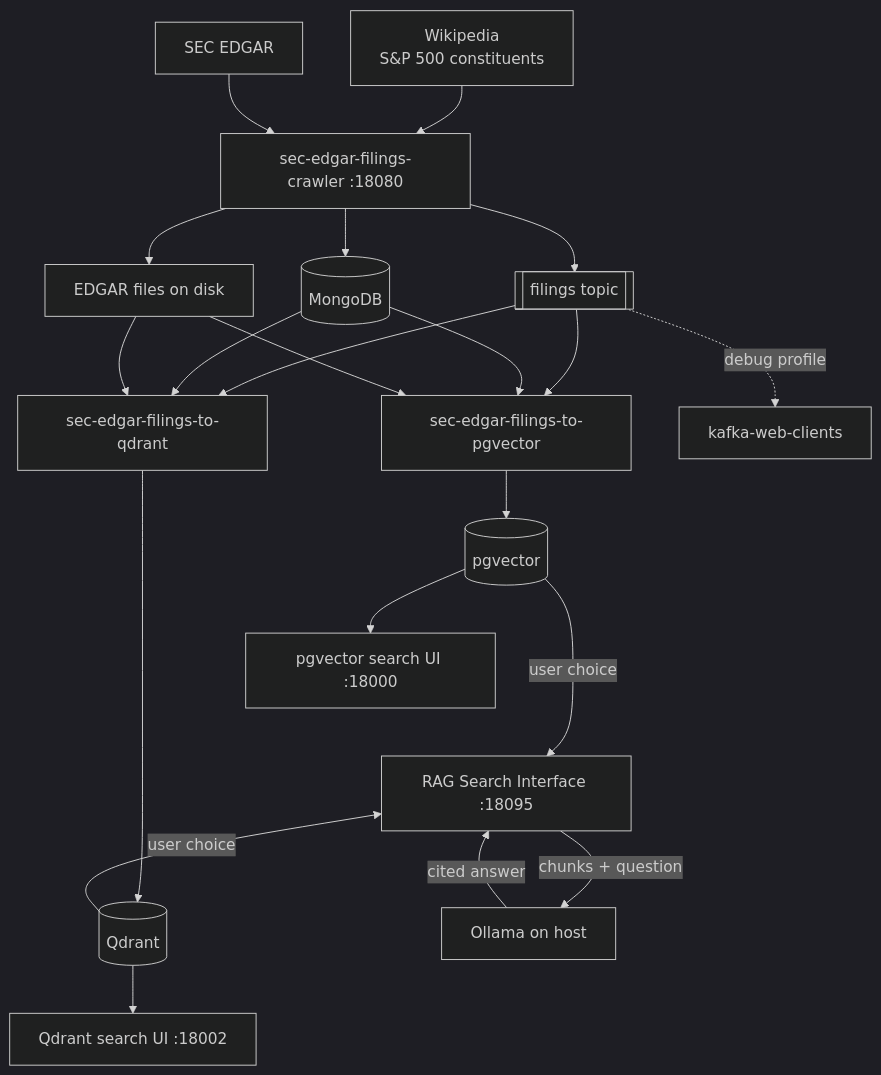
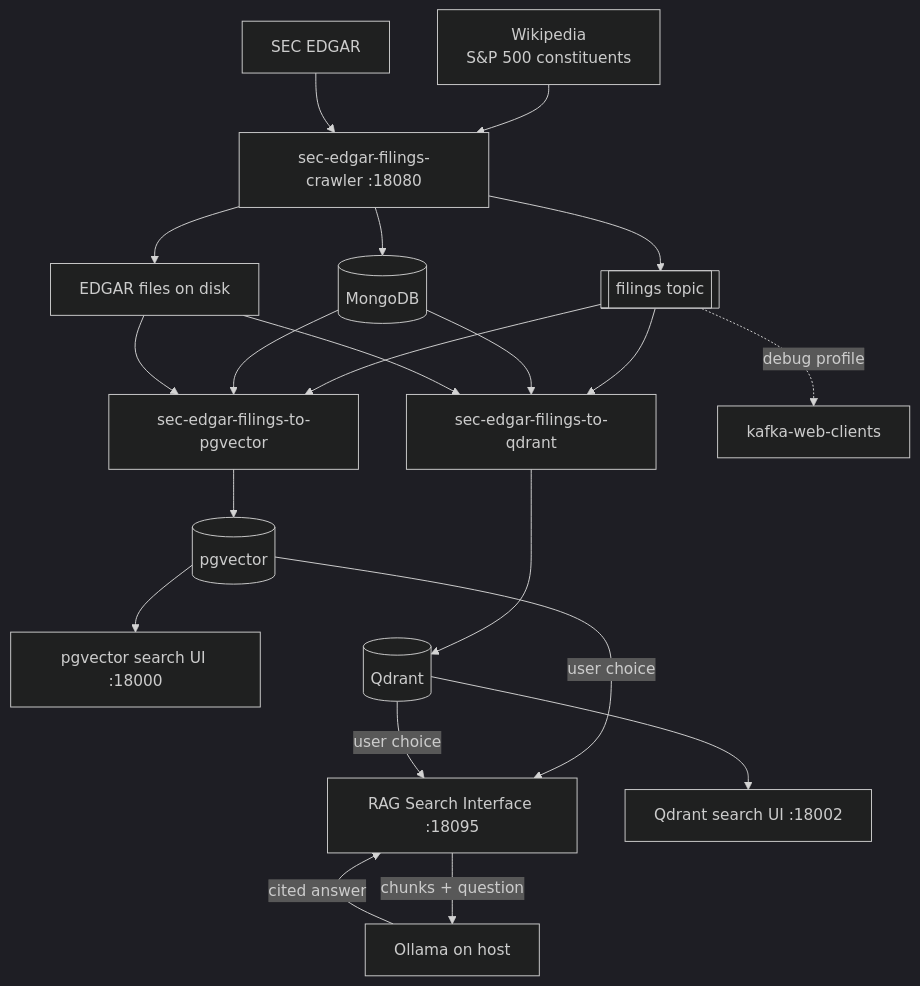
The diagram in README.md (sanjuthomas/sec-edgar-filings-rag-demo), drawn with Mermaid (dark theme) before and after one commit.

Commit message:
Align pgvector and Qdrant on the same row in architecture diagram.

````diff
--- a/README.md
+++ b/README.md
@@ -33,29 +33,30 @@
 ```mermaid
 flowchart TB
     Wiki["Wikipedia<br/>S&P 500 constituents"] --> Crawler["sec-edgar-filings-crawler :18080"]
     SEC["SEC EDGAR"] --> Crawler
     Crawler --> Mongo[("MongoDB")]
     Crawler --> Kafka[["filings topic"]]
     Crawler --> Disk["EDGAR files on disk"]
 
     Kafka --> PgETL["sec-edgar-filings-to-pgvector"]
     Kafka --> QdrantETL["sec-edgar-filings-to-qdrant"]
     Mongo --> PgETL
     Mongo --> QdrantETL
     Disk --> PgETL
     Disk --> QdrantETL
 
     PgETL --> PG[("pgvector")]
     QdrantETL --> Qdrant[("Qdrant")]
+    PG ~~~ Qdrant
 
     PG --> PgSearch["pgvector search UI :18000"]
     PG -->|"user choice"| RAG["RAG Search Interface :18095"]
     Qdrant -->|"user choice"| RAG
     Qdrant --> QdrantSearch["Qdrant search UI :18002"]
     RAG -->|"chunks + question"| Ollama["Ollama on host"]
     Ollama -->|"cited answer"| RAG
 
     PgSearch ~~~ RAG ~~~ Qdrant
 
     Kafka -.->|debug profile| KWC["kafka-web-clients"]
 ```
````
